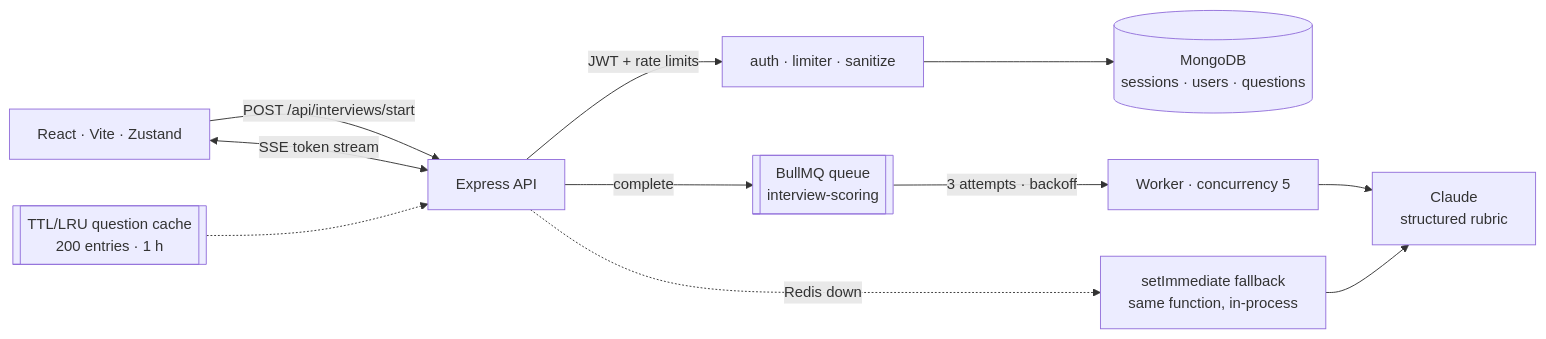
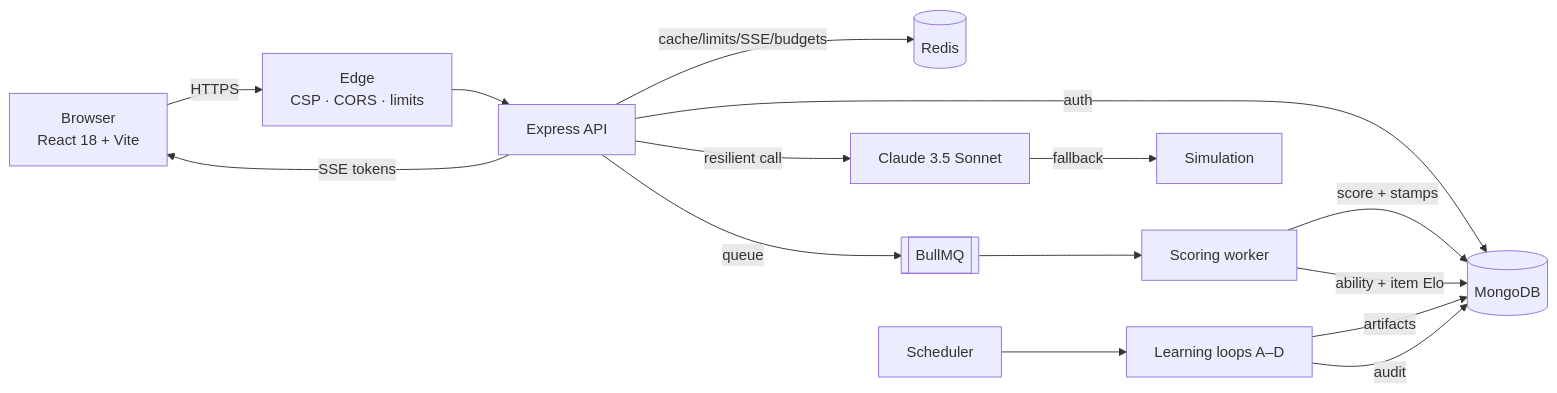
The first of 5 diagrams in README.md (sheikhayaan/PrepAi), drawn with Mermaid before and after one commit. The commit also changed other lines of this file and 110 other files, not shown here.

Commit message:
feat: production scaling, SSE hardening, secure learning loops A-D, docs, load tests

````diff
--- a/README.md
+++ b/README.md
@@ -25,14 +204,17 @@
 ```mermaid
 flowchart LR
-    C[React · Vite · Zustand] -->|POST /api/interviews/start| EX[Express API]
-    C <-->|SSE token stream| EX
-    EX -->|JWT + rate limits| MID[auth · limiter · sanitize]
-    MID --> MG[(MongoDB<br/>sessions · users · questions)]
-    EX -->|complete| Q[["BullMQ queue<br/>interview-scoring"]]
-    Q -->|3 attempts · backoff| W[Worker · concurrency 5]
-    W --> CL[Claude<br/>structured rubric]
-
-    EX -.->|Redis down| FB[setImmediate fallback<br/>same function, in-process]
-    FB --> CL
-    CACHE[["TTL/LRU question cache<br/>200 entries · 1 h"]] -.-> EX
+    U[Browser<br/>React 18 + Vite] -->|HTTPS| E[Edge<br/>CSP · CORS · limits]
+    E --> A[Express API]
+    A -->|auth| M[(MongoDB)]
+    A -->|cache/limits/SSE/budgets| R[(Redis)]
+    A -->|SSE tokens| U
+    A -->|queue| Q[[BullMQ]]
+    Q --> W[Scoring worker]
+    W -->|score + stamps| M
+    W -->|ability + item Elo| M
+    A -->|resilient call| L[Claude 3.5 Sonnet]
+    L -->|fallback| S[Simulation]
+    SCH[Scheduler] --> LP[Learning loops A–D]
+    LP -->|artifacts| M
+    LP -->|audit| M
 ```
````
